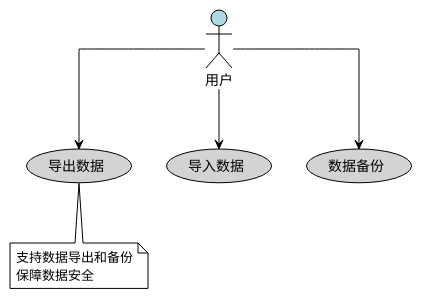
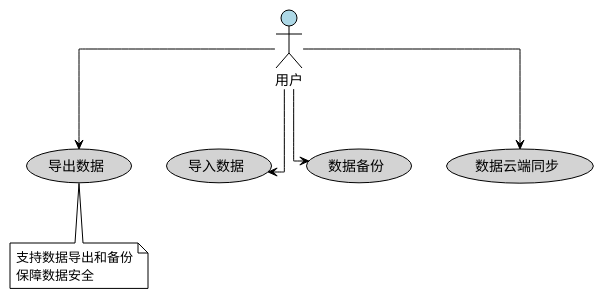
One commit to wblxr408/SEU-SE-HarmonyExpense-App- changed the diagram in README说明/UML图/用例图子图/usecase_data.puml. Above: the diagram before and after it, drawn with PlantUML. The commit also changed 10 other files, not shown here.

Commit message:
Update use case diagrams

```diff
--- a/README说明/UML图/用例图子图/usecase_data.puml
+++ b/README说明/UML图/用例图子图/usecase_data.puml
@@ -1,27 +1,28 @@
 @startuml HarmonyExpense-Data-UseCase
 !theme plain
 skinparam linetype ortho
 skinparam defaultFontName "Microsoft YaHei"
 
 ' 定义参与者
 actor "用户" as User #LightBlue
 
 ' 定义用例 - 数据管理模块
 usecase "导出数据" as ExportData #LightGray
 usecase "导入数据" as ImportData #LightGray
 usecase "数据备份" as BackupData #LightGray
+ usecase "数据云端同步" as CloudSync #LightGray
 
 ' 定义关系
 User --> ExportData
 User --> ImportData
 User --> BackupData
-
+User --> CloudSync
 
 
 ' 添加注释
 note bottom of ExportData
   支持数据导出和备份
   保障数据安全
 end note
 
 @enduml
```
